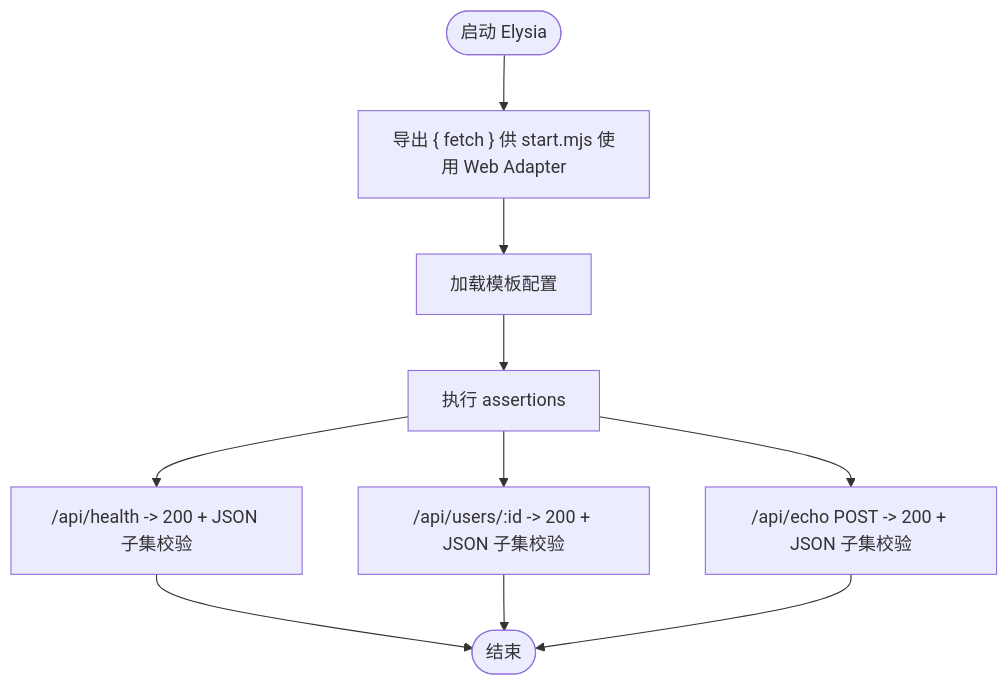
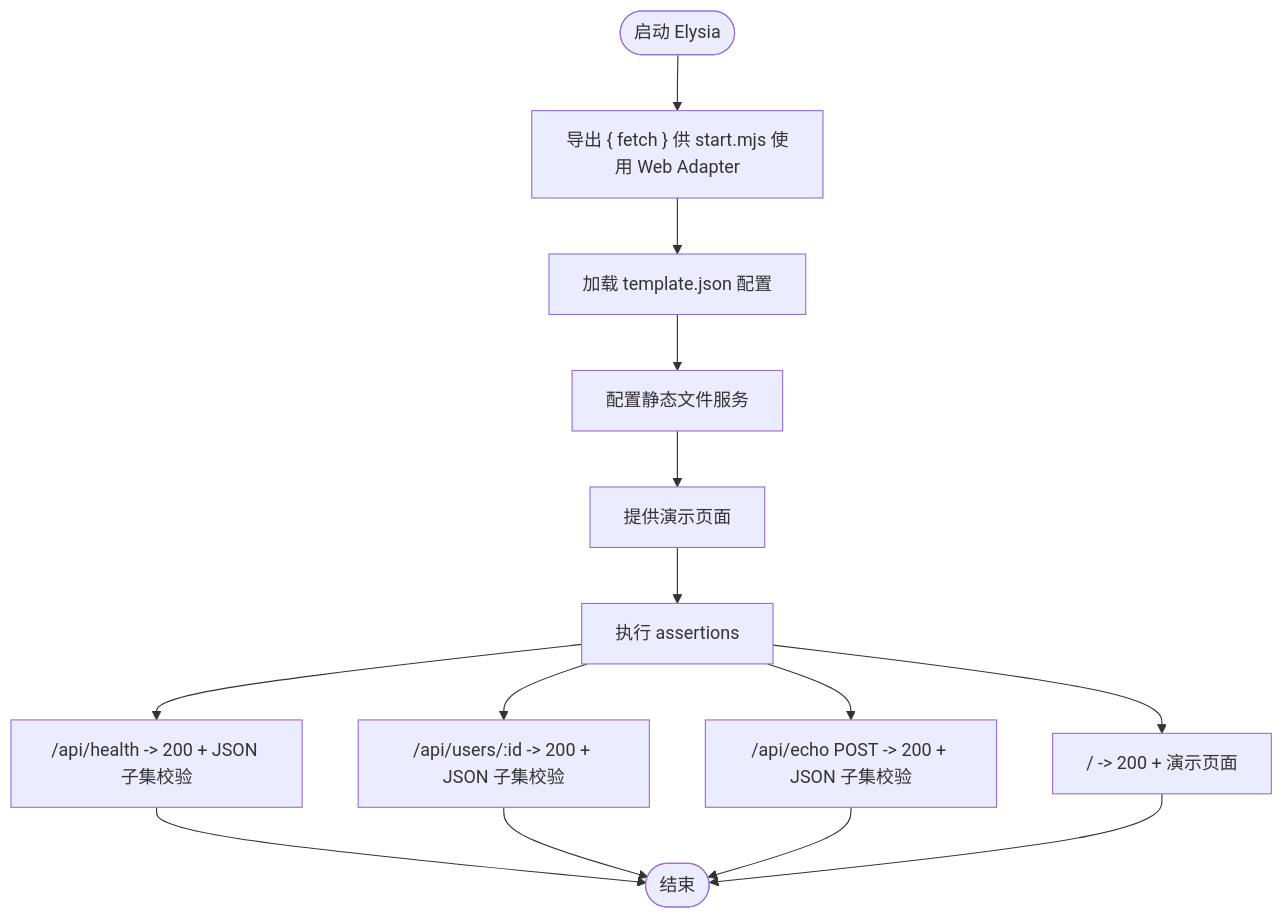
The fifth of 6 diagrams in .qoder/repowiki/zh/content/后端框架测试/后端框架测试套件.md (esa-sp/test-for-aone-ci), drawn with Mermaid before and after one commit. The commit also changed other lines of this file and 31 other files, not shown here.

````diff
--- a/.qoder/repowiki/zh/content/后端框架测试/后端框架测试套件.md
+++ b/.qoder/repowiki/zh/content/后端框架测试/后端框架测试套件.md
@@ -341,12 +327,16 @@
 ```mermaid
 flowchart TD
 Start(["启动 Elysia"]) --> ExportFetch["导出 { fetch } 供 start.mjs 使用 Web Adapter"]
-ExportFetch --> LoadTemplate["加载模板配置"]
-LoadTemplate --> Assert["执行 assertions"]
+ExportFetch --> LoadTemplate["加载 template.json 配置"]
+LoadTemplate --> SetupStatic["配置静态文件服务"]
+SetupStatic --> ServeDemo["提供演示页面"]
+ServeDemo --> Assert["执行 assertions"]
 Assert --> Health["/api/health -> 200 + JSON 子集校验"]
 Assert --> Users["/api/users/:id -> 200 + JSON 子集校验"]
 Assert --> Echo["/api/echo POST -> 200 + JSON 子集校验"]
+Assert --> DemoPage["/ -> 200 + 演示页面"]
 Health --> End(["结束"])
 Users --> End
 Echo --> End
+DemoPage --> End
 ```
````
